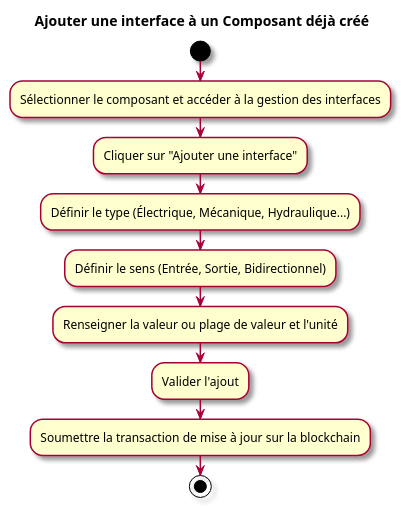
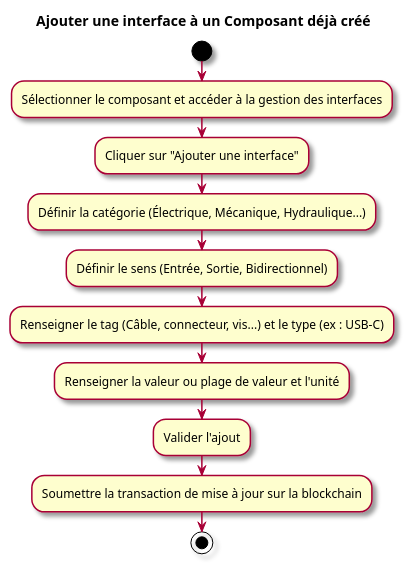
One commit to olivaux/myr changed the second of 2 diagrams in specs/1-Expression/UCCE-Composant_Ecriture/UCCE06.md. Above: the diagram before and after it, drawn with PlantUML. The commit also changed other lines of this file and 7 other files, not shown here.

````diff
--- a/specs/1-Expression/UCCE-Composant_Ecriture/UCCE06.md
+++ b/specs/1-Expression/UCCE-Composant_Ecriture/UCCE06.md
@@ -63,15 +64,16 @@
 ```plantuml
 @startuml
 skin rose
 title Ajouter une interface à un Composant déjà créé
 start
 :Sélectionner le composant et accéder à la gestion des interfaces;
 :Cliquer sur "Ajouter une interface";
-:Définir le type (Électrique, Mécanique, Hydraulique...);
+:Définir la catégorie (Électrique, Mécanique, Hydraulique...);
 :Définir le sens (Entrée, Sortie, Bidirectionnel);
+:Renseigner le tag (Câble, connecteur, vis...) et le type (ex : USB-C);
 :Renseigner la valeur ou plage de valeur et l'unité;
 :Valider l'ajout;
 :Soumettre la transaction de mise à jour sur la blockchain;
 stop
 @enduml
 ```
````
